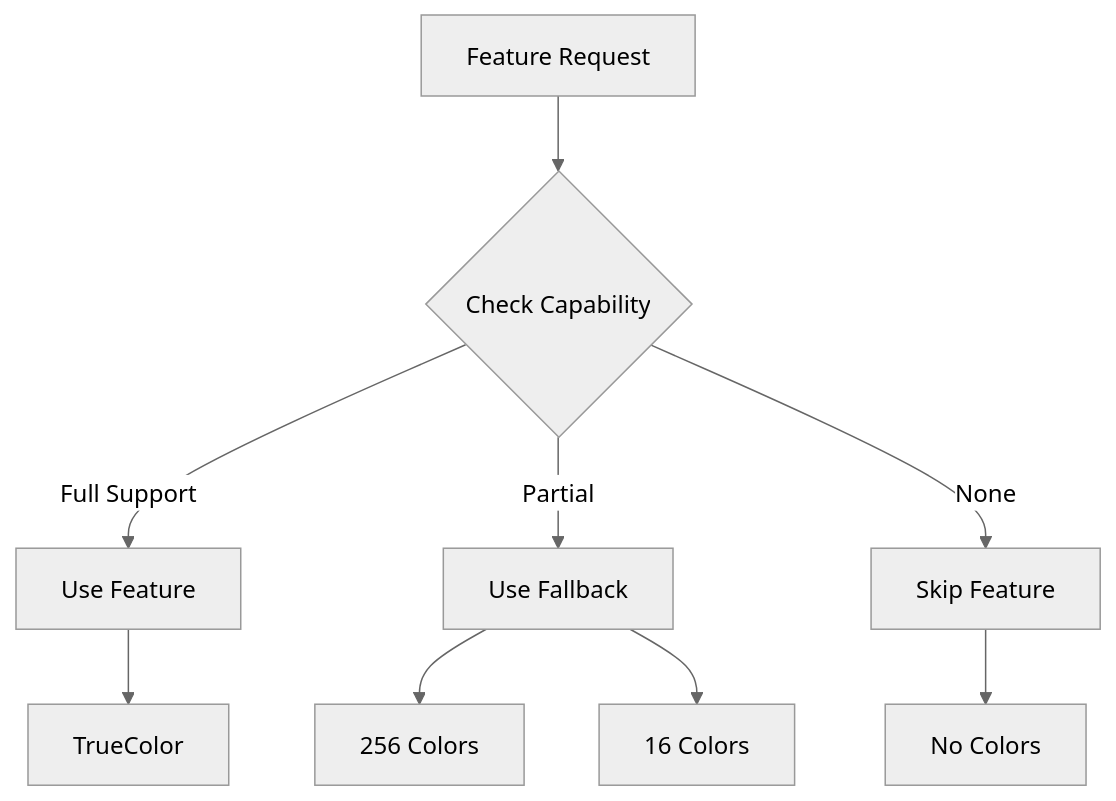
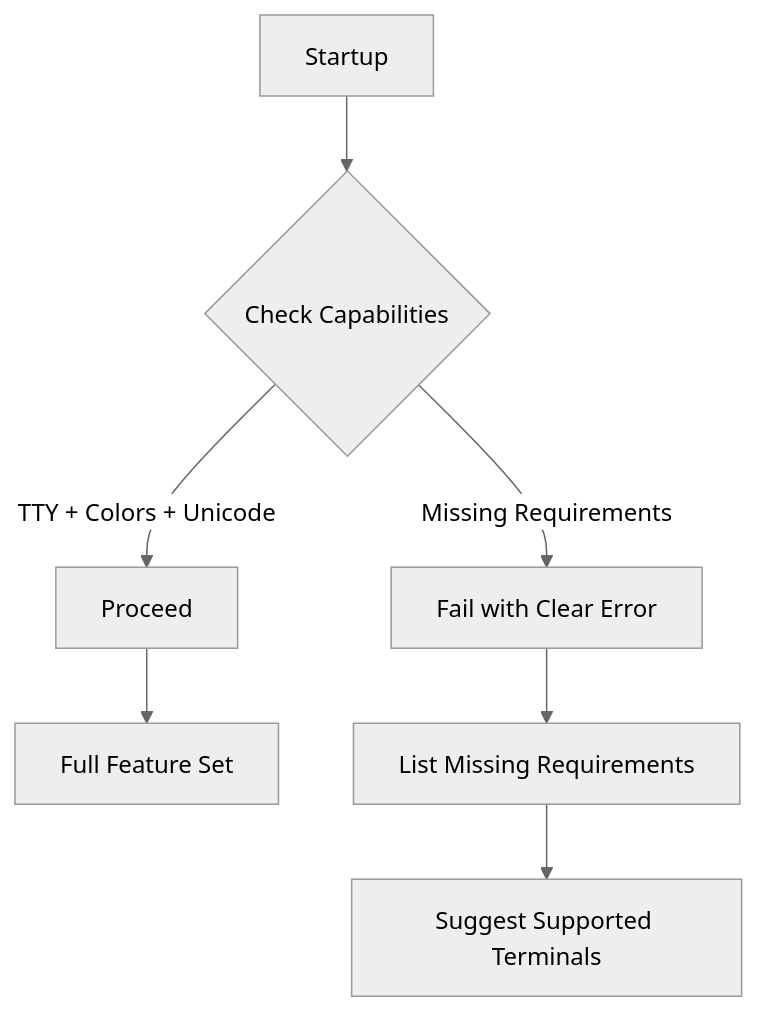
Before and after one commit to WickedSik/ws-console: diagram 24 of 26 in docs/terminal-architecture.md, drawn with Mermaid (neutral theme). The commit also changed other lines of this file and 7 other files, not shown here.

````diff
--- a/docs/terminal-architecture.md
+++ b/docs/terminal-architecture.md
@@ -1231,12 +1241,9 @@
 ```mermaid
 graph TD
-    A[Feature Request] --> B{Check Capability}
-    B -->|Full Support| C[Use Feature]
-    B -->|Partial| D[Use Fallback]
-    B -->|None| E[Skip Feature]
-
-    C --> F[TrueColor]
-    D --> G[256 Colors]
-    D --> H[16 Colors]
-    E --> I[No Colors]
+    A[Startup] --> B{Check Capabilities}
+    B -->|TTY + Colors + Unicode| C[Proceed]
+    B -->|Missing Requirements| D[Fail with Clear Error]
+    C --> E[Full Feature Set]
+    D --> F[List Missing Requirements]
+    F --> G[Suggest Supported Terminals]
 ```
````
